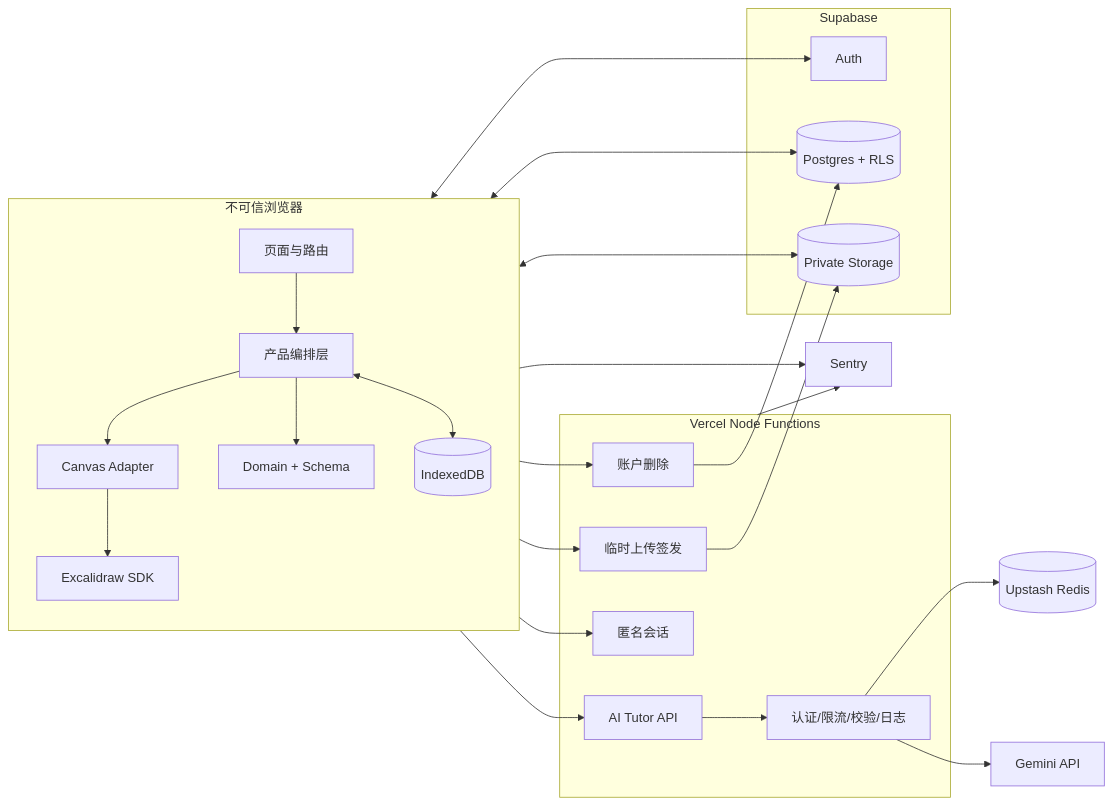
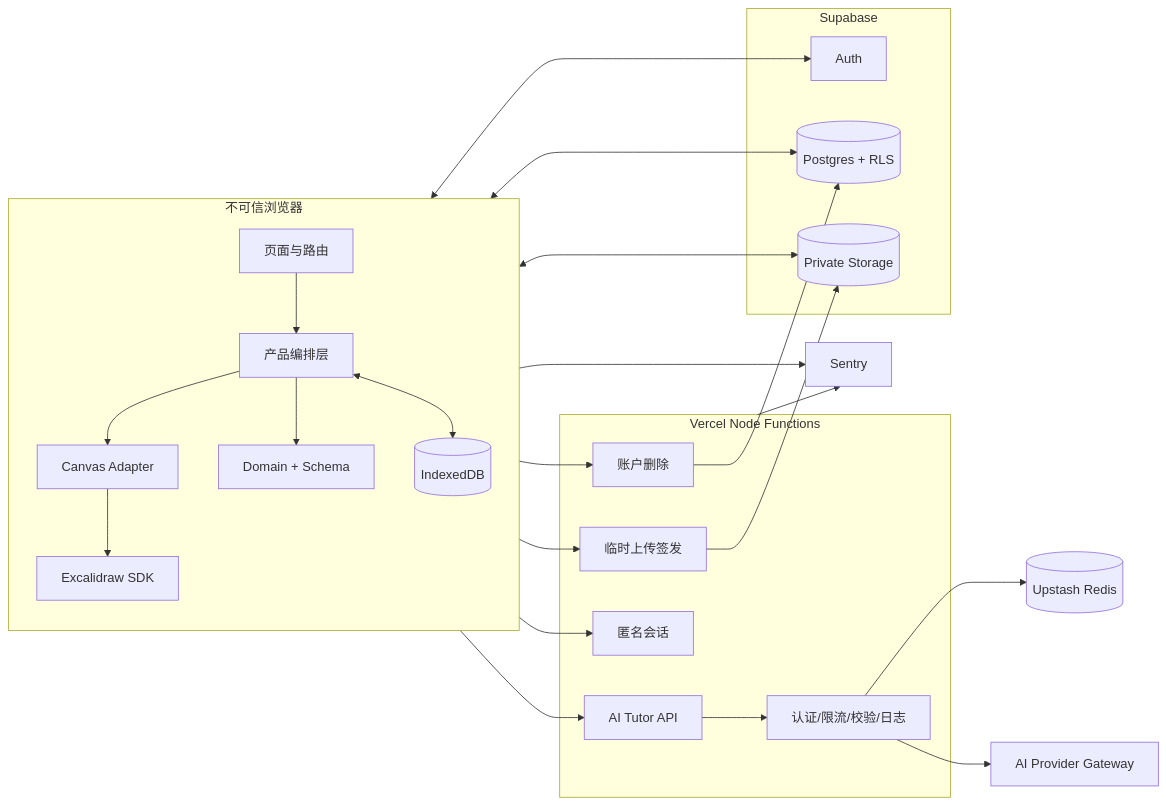
The diagram in docs/02-方案设计.md (zhenglinniao/Easy-to-learn), drawn with Mermaid before and after one commit. The commit also changed other lines of this file and 17 other files, not shown here.

````diff
--- a/docs/02-方案设计.md
+++ b/docs/02-方案设计.md
@@ -17,46 +17,46 @@
 ```mermaid
 flowchart LR
   subgraph Browser[不可信浏览器]
     Pages[页面与路由]
     Product[产品编排层]
     Adapter[Canvas Adapter]
     Excalidraw[Excalidraw SDK]
     Domain[Domain + Schema]
     IDB[(IndexedDB)]
   end
 
   subgraph Server[Vercel Node Functions]
     Session[匿名会话]
     Tutor[AI Tutor API]
     Upload[临时上传签发]
     Account[账户删除]
     Guard[认证/限流/校验/日志]
   end
 
   subgraph Supabase[Supabase]
     Auth[Auth]
     DB[(Postgres + RLS)]
     Storage[(Private Storage)]
   end
 
   Redis[(Upstash Redis)]
-  Gemini[Gemini API]
+  AIProvider[AI Provider Gateway]
   Sentry[Sentry]
 
   Pages --> Product --> Adapter --> Excalidraw
   Product --> Domain
   Product <--> IDB
   Browser <--> Auth
   Browser <--> DB
   Browser <--> Storage
   Browser --> Session
   Browser --> Tutor
   Browser --> Upload
   Browser --> Account
   Tutor --> Guard --> Redis
-  Guard --> Gemini
+  Guard --> AIProvider
   Upload --> Storage
   Account --> DB
   Server --> Sentry
   Browser --> Sentry
 ```
````
